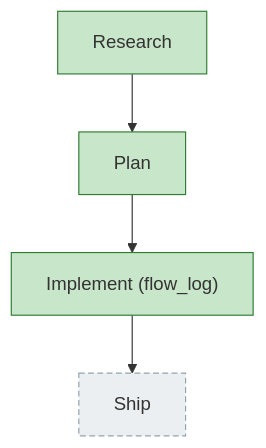
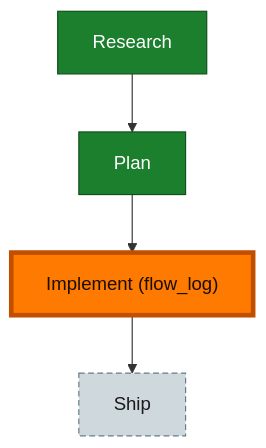
Before and after one commit to AI-Substrate/harness-engineering: the diagram in docs/plans/035-flow-replay-telemetry/the-flow.md, drawn with Mermaid. The commit also changed other lines of this file and 53 other files, not shown here.

First line of the commit message:
docs: close out flow states + land prior-session artifacts (034-052)

````diff
--- a/docs/plans/035-flow-replay-telemetry/the-flow.md
+++ b/docs/plans/035-flow-replay-telemetry/the-flow.md
@@ -8,24 +8,14 @@
 ```mermaid
 flowchart TD
+    research["Research"]:::done
+    plan["Plan"]:::done
+    implement["Implement (flow_log)"]:::done
     ship["Ship"]:::assumed
-    plan["Plan"]:::done
-    research["Research"]:::done
-    implement["Implement (flow_log)"]:::done
 
-    plan --> implement
-    research --> plan
-    implement --> ship
+    research --> plan --> implement --> ship
 
-    classDef done fill:#C8E6C9,stroke:#2E7D32;
-    classDef wip fill:#FFE0B2,stroke:#EF6C00;
-    classDef blocked fill:#FFCDD2,stroke:#C62828;
-    classDef known fill:#BBDEFB,stroke:#1565C0;
-    classDef assumed fill:#ECEFF1,stroke:#90A4AE,stroke-dasharray:5 3;
-    classDef said fill:#FFF9C4,stroke:#F9A825;
-    classDef harness fill:#EDE7F6,stroke:#673AB7;
-    classDef decision fill:#FFF3E0,stroke:#FB8C00,stroke-dasharray:2 2;
-    classDef companion fill:#D1C4E9,stroke:#5E35B1;
-    classDef worker fill:#B2DFDB,stroke:#00897B;
-    classDef chore fill:#E0F2F1,stroke:#00897B,stroke-dasharray:3 2;
-    classDef unknown fill:#FAFAFA,stroke:#BDBDBD,stroke-dasharray:1 4;
+    classDef done fill:#1B7F2E,stroke:#0F4F1B,color:#fff;
+    classDef assumed fill:#CFD8DC,stroke:#607D8B,color:#1a1a1a,stroke-dasharray:5 3;
+    classDef current fill:#FF7A00,stroke:#C24E00,color:#1a0e00,stroke-width:4px;
+    class implement current;
 ```
````
